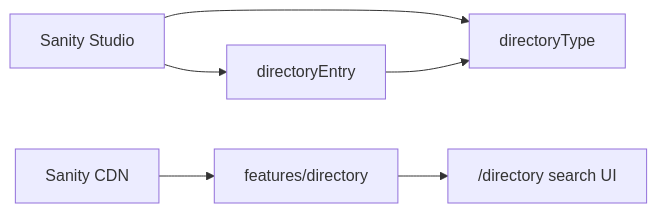
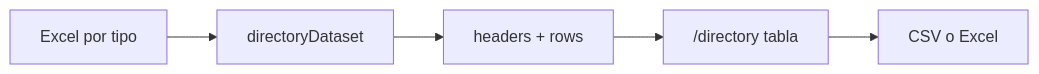
One commit to StevenCardona/asdeoccidente changed the diagram in docs/specs/phase-1/directory.md. Above: the diagram before and after it, drawn with Mermaid. The commit also changed other lines of this file and 128 other files, not shown here.

````diff
--- a/docs/specs/phase-1/directory.md
+++ b/docs/specs/phase-1/directory.md
@@ -90,8 +46,7 @@
 ```mermaid
 flowchart LR
-  Studio[Sanity Studio] --> Types[directoryType]
-  Studio --> Entries[directoryEntry]
-  Entries --> Types
-  CDN[Sanity CDN] --> App[features/directory]
-  App --> UI["/directory search UI"]
+  Excel[Excel por tipo] --> Studio[directoryDataset]
+  Studio --> Headers[headers + rows]
+  Headers --> Table["/directory tabla"]
+  Table --> DL[CSV o Excel]
 ```
````
